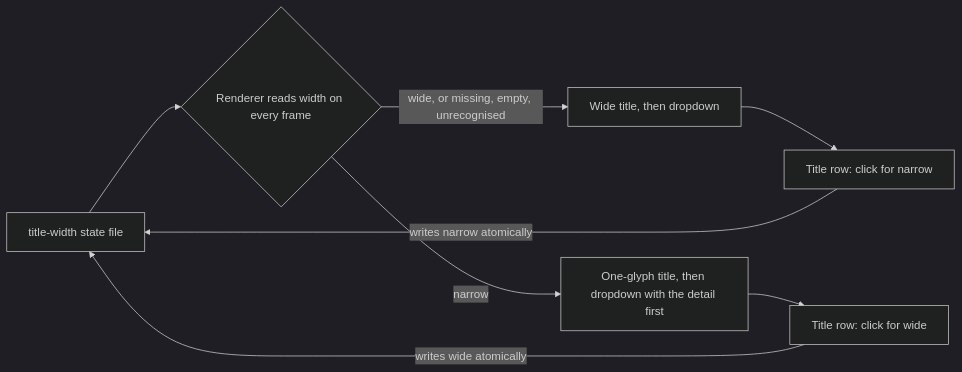
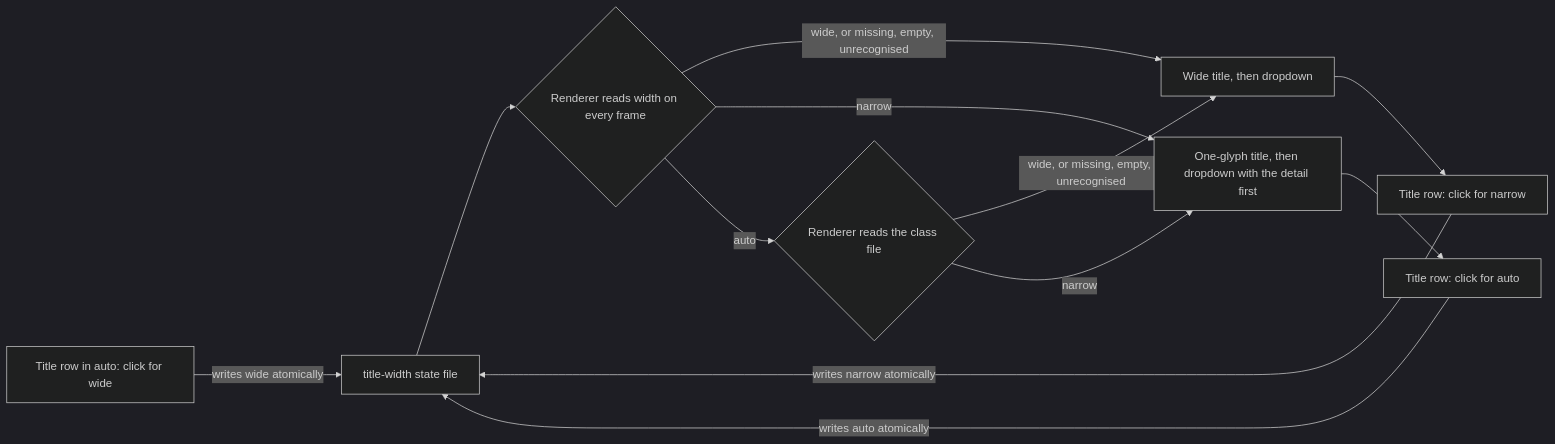
Before and after one commit to phillipgreenii/nix-agent-support: the diagram in packages/pg-task-focus-swiftbar/README.md, drawn with Mermaid (dark theme). The commit also changed other lines of this file and 4 other files, not shown here.

````diff
--- a/packages/pg-task-focus-swiftbar/README.md
+++ b/packages/pg-task-focus-swiftbar/README.md
@@ -76,10 +89,14 @@
 ```mermaid
 flowchart LR
   F["title-width state file"] --> R{"Renderer reads width on every frame"}
   R -->|"wide, or missing, empty, unrecognised"| W["Wide title, then dropdown"]
   R -->|"narrow"| N["One-glyph title, then dropdown with the detail first"]
+  R -->|"auto"| C{"Renderer reads the class file"}
+  C -->|"wide, or missing, empty, unrecognised"| W
+  C -->|"narrow"| N
   W --> T["Title row: click for narrow"]
-  N --> T2["Title row: click for wide"]
+  N --> T2["Title row: click for auto"]
   T -->|"writes narrow atomically"| F
-  T2 -->|"writes wide atomically"| F
+  T2 -->|"writes auto atomically"| F
+  A["Title row in auto: click for wide"] -->|"writes wide atomically"| F
 ```
````
